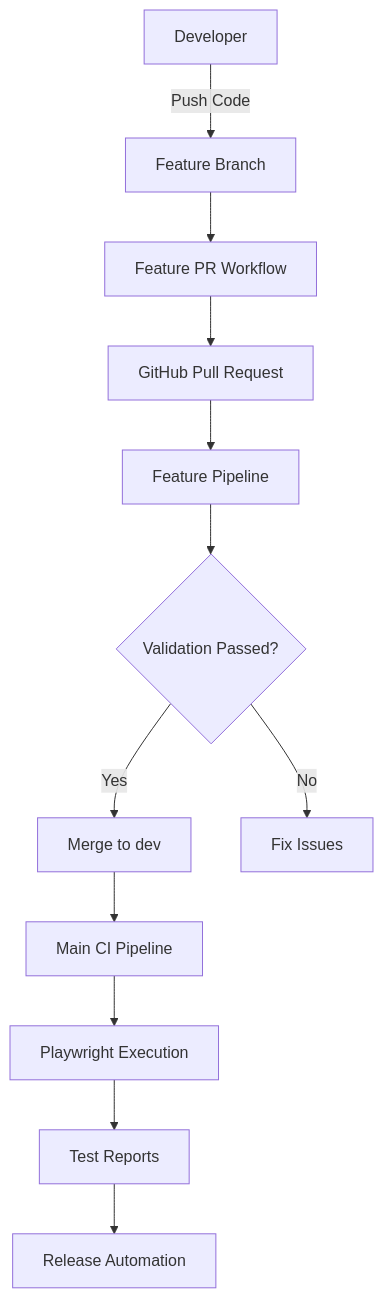
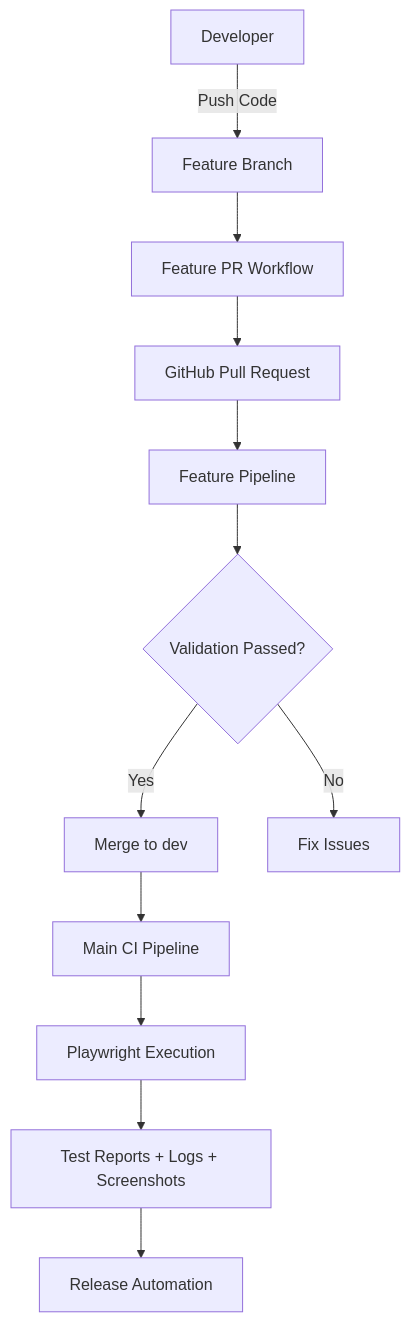
Before and after one commit to opencode-qa/hybrid-framework: the first of 4 diagrams in README.md, drawn with Mermaid. The commit also changed other lines of this file and 22 other files, not shown here.

````diff
--- a/README.md
+++ b/README.md
@@ -135,25 +114,14 @@
 ```mermaid
 graph TD
-
     A[Developer] -->|Push Code| B[Feature Branch]
-
     B --> C[Feature PR Workflow]
-
     C --> D[GitHub Pull Request]
-
     D --> E[Feature Pipeline]
-
     E --> F{Validation Passed?}
-
     F -->|Yes| G[Merge to dev]
-
     F -->|No| H[Fix Issues]
-
     G --> I[Main CI Pipeline]
-
     I --> J[Playwright Execution]
-
-    J --> K[Test Reports]
-
+    J --> K[Test Reports + Logs + Screenshots]
     K --> L[Release Automation]
 ```
````
